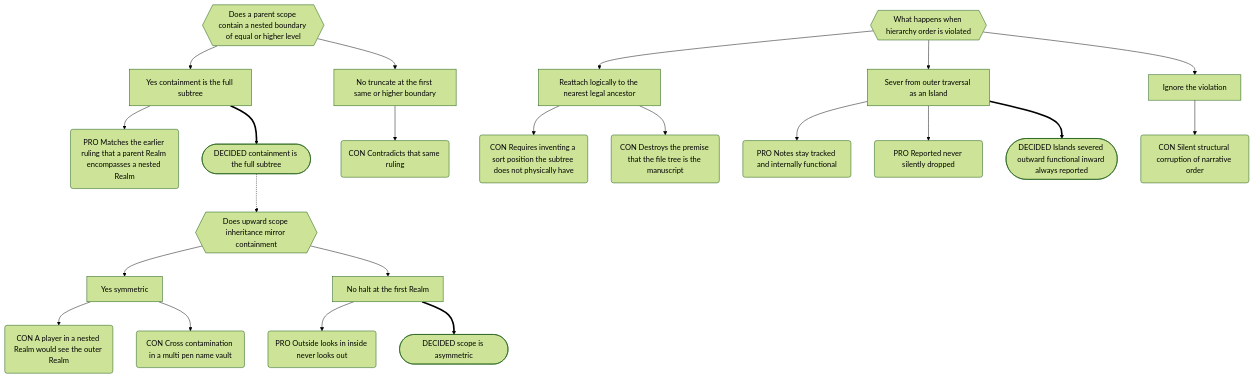
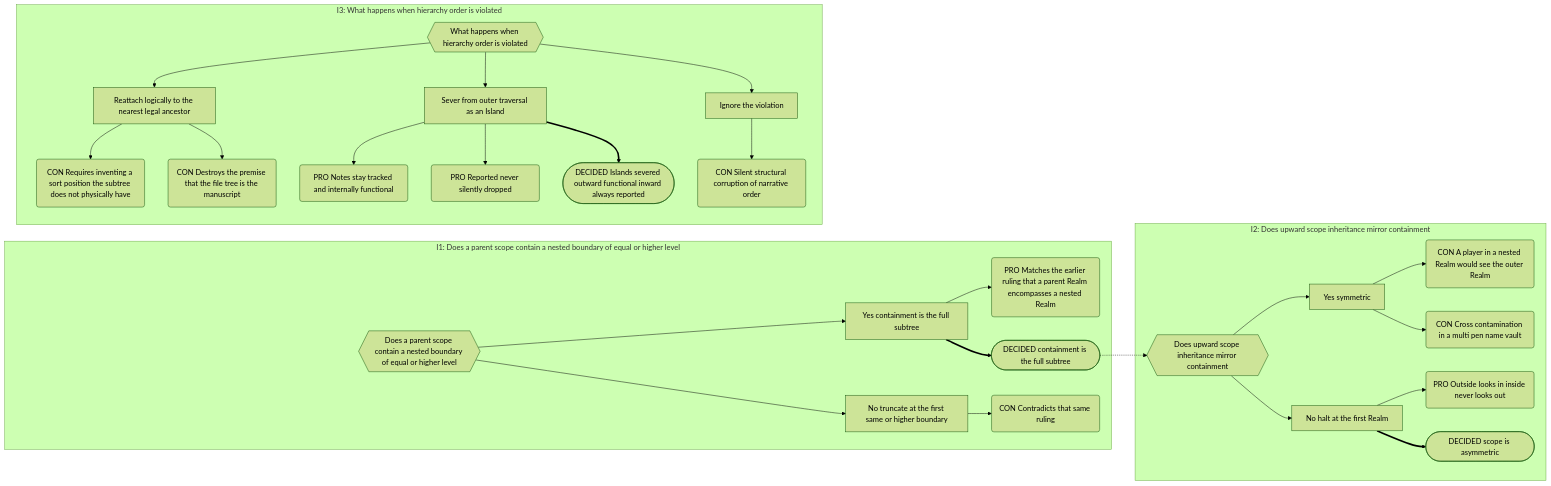
One commit to mlao-pdx/obsidian-plugin changed the second of 2 diagrams in docs/spec/05-scope.md. Above: the diagram before and after it, drawn with Mermaid (forest theme). The commit also changed other lines of this file and 10 other files, not shown here.

````diff
--- a/docs/spec/05-scope.md
+++ b/docs/spec/05-scope.md
@@ -68,47 +70,53 @@
 ```mermaid
-flowchart TD
-    I1{{Does a parent scope contain a nested boundary of equal or higher level}}
-    P1[Yes containment is the full subtree]
-    P2[No truncate at the first same or higher boundary]
-    I1 --> P1
-    I1 --> P2
-    A1(PRO Matches the earlier ruling that a parent Realm encompasses a nested Realm)
-    C1(CON Contradicts that same ruling)
-    P1 --> A1
-    P2 --> C1
-    D1([DECIDED containment is the full subtree])
-    P1 ==> D1
+flowchart LR
+    subgraph S1["I1: Does a parent scope contain a nested boundary of equal or higher level"]
+        I1{{Does a parent scope contain a nested boundary of equal or higher level}}
+        P1[Yes containment is the full subtree]
+        P2[No truncate at the first same or higher boundary]
+        I1 --> P1
+        I1 --> P2
+        A1(PRO Matches the earlier ruling that a parent Realm encompasses a nested Realm)
+        C1(CON Contradicts that same ruling)
+        P1 --> A1
+        P2 --> C1
+        D1([DECIDED containment is the full subtree])
+        P1 ==> D1
+    end
     D1 -.-> I2
-    I2{{Does upward scope inheritance mirror containment}}
-    P3[Yes symmetric]
-    P4[No halt at the first Realm]
-    I2 --> P3
-    I2 --> P4
-    C2(CON A player in a nested Realm would see the outer Realm)
-    C3(CON Cross contamination in a multi pen name vault)
-    P3 --> C2
-    P3 --> C3
-    A2(PRO Outside looks in inside never looks out)
-    P4 --> A2
-    D2([DECIDED scope is asymmetric])
-    P4 ==> D2
-    I3{{What happens when hierarchy order is violated}}
-    P5[Reattach logically to the nearest legal ancestor]
-    P6[Sever from outer traversal as an Island]
-    P7[Ignore the violation]
-    I3 --> P5
-    I3 --> P6
-    I3 --> P7
-    C4(CON Requires inventing a sort position the subtree does not physically have)
-    C5(CON Destroys the premise that the file tree is the manuscript)
-    P5 --> C4
-    P5 --> C5
-    A3(PRO Notes stay tracked and internally functional)
-    A4(PRO Reported never silently dropped)
-    P6 --> A3
-    P6 --> A4
-    C6(CON Silent structural corruption of narrative order)
-    P7 --> C6
-    D3([DECIDED Islands severed outward functional inward always reported])
-    P6 ==> D3
+    subgraph S2["I2: Does upward scope inheritance mirror containment"]
+        I2{{Does upward scope inheritance mirror containment}}
+        P2a[Yes symmetric]
+        P2b[No halt at the first Realm]
+        I2 --> P2a
+        I2 --> P2b
+        C2a(CON A player in a nested Realm would see the outer Realm)
+        C2b(CON Cross contamination in a multi pen name vault)
+        P2a --> C2a
+        P2a --> C2b
+        A2a(PRO Outside looks in inside never looks out)
+        P2b --> A2a
+        D2([DECIDED scope is asymmetric])
+        P2b ==> D2
+    end
+    subgraph S3["I3: What happens when hierarchy order is violated"]
+        I3{{What happens when hierarchy order is violated}}
+        P3a[Reattach logically to the nearest legal ancestor]
+        P3b[Sever from outer traversal as an Island]
+        P3c[Ignore the violation]
+        I3 --> P3a
+        I3 --> P3b
+        I3 --> P3c
+        C3a(CON Requires inventing a sort position the subtree does not physically have)
+        C3b(CON Destroys the premise that the file tree is the manuscript)
+        P3a --> C3a
+        P3a --> C3b
+        A3a(PRO Notes stay tracked and internally functional)
+        A3b(PRO Reported never silently dropped)
+        P3b --> A3a
+        P3b --> A3b
+        C3c(CON Silent structural corruption of narrative order)
+        P3c --> C3c
+        D3([DECIDED Islands severed outward functional inward always reported])
+        P3b ==> D3
+    end
 ```
````
